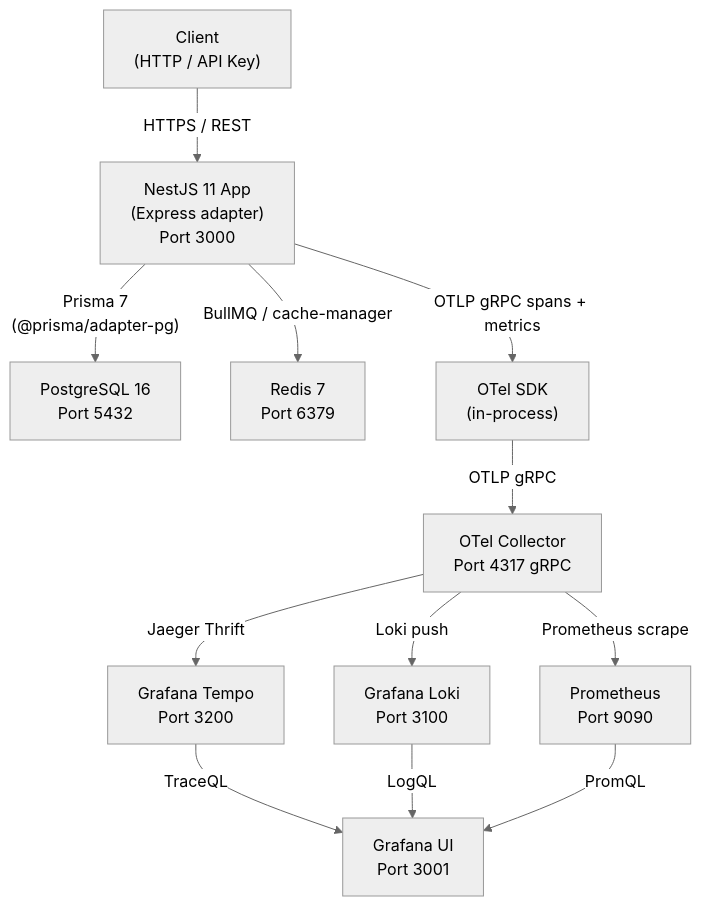
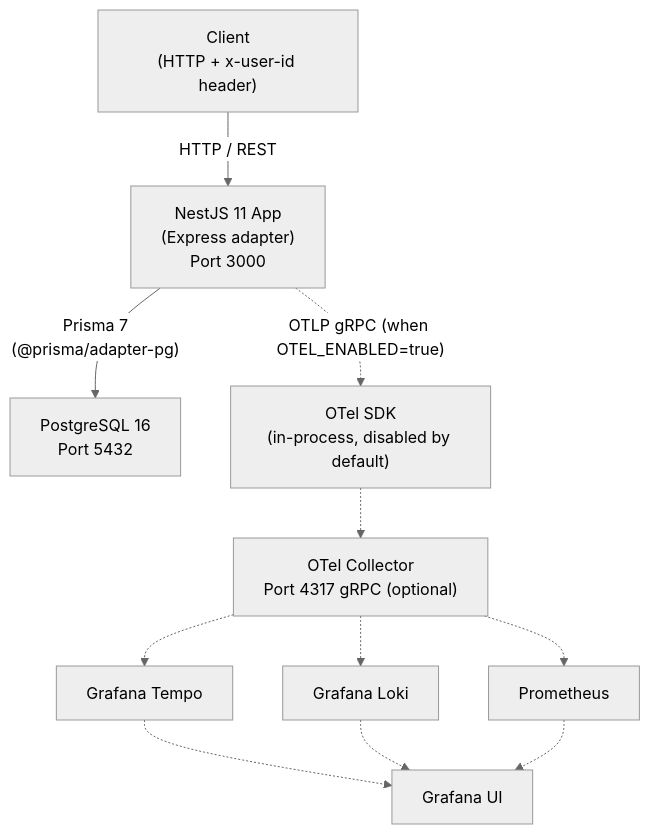
One commit to gauravprwl14/nestjs-boilerplate changed the diagram in docs/architecture/high-level-architecture.md. Above: the diagram before and after it, drawn with Mermaid (neutral theme). The commit also changed other lines of this file and 41 other files, not shown here.

First line of the commit message:
docs: sync all guides/architecture/diagrams to Enterprise Twitter pivot

````diff
--- a/docs/architecture/high-level-architecture.md
+++ b/docs/architecture/high-level-architecture.md
@@ -5,25 +7,23 @@
 ```mermaid
 flowchart TD
-    Client["Client\n(HTTP / API Key)"]
+    Client["Client\n(HTTP + x-user-id header)"]
     NestJS["NestJS 11 App\n(Express adapter)\nPort 3000"]
     PG["PostgreSQL 16\nPort 5432"]
-    Redis["Redis 7\nPort 6379"]
-    OTelSDK["OTel SDK\n(in-process)"]
-    OTelCollector["OTel Collector\nPort 4317 gRPC"]
-    Tempo["Grafana Tempo\nPort 3200"]
-    Loki["Grafana Loki\nPort 3100"]
-    Prometheus["Prometheus\nPort 9090"]
-    Grafana["Grafana UI\nPort 3001"]
+    OTelSDK["OTel SDK\n(in-process, disabled by default)"]
+    OTelCollector["OTel Collector\nPort 4317 gRPC (optional)"]
+    Tempo["Grafana Tempo"]
+    Loki["Grafana Loki"]
+    Prometheus["Prometheus"]
+    Grafana["Grafana UI"]
 
-    Client -->|"HTTPS / REST"| NestJS
+    Client -->|"HTTP / REST"| NestJS
     NestJS -->|"Prisma 7\n(@prisma/adapter-pg)"| PG
-    NestJS -->|"BullMQ / cache-manager"| Redis
-    NestJS -->|"OTLP gRPC spans + metrics"| OTelSDK
-    OTelSDK -->|"OTLP gRPC"| OTelCollector
-    OTelCollector -->|"Jaeger Thrift"| Tempo
-    OTelCollector -->|"Loki push"| Loki
-    OTelCollector -->|"Prometheus scrape"| Prometheus
-    Tempo -->|"TraceQL"| Grafana
-    Loki -->|"LogQL"| Grafana
-    Prometheus -->|"PromQL"| Grafana
+    NestJS -.->|"OTLP gRPC (when OTEL_ENABLED=true)"| OTelSDK
+    OTelSDK -.-> OTelCollector
+    OTelCollector -.-> Tempo
+    OTelCollector -.-> Loki
+    OTelCollector -.-> Prometheus
+    Tempo -.-> Grafana
+    Loki -.-> Grafana
+    Prometheus -.-> Grafana
 ```
````
